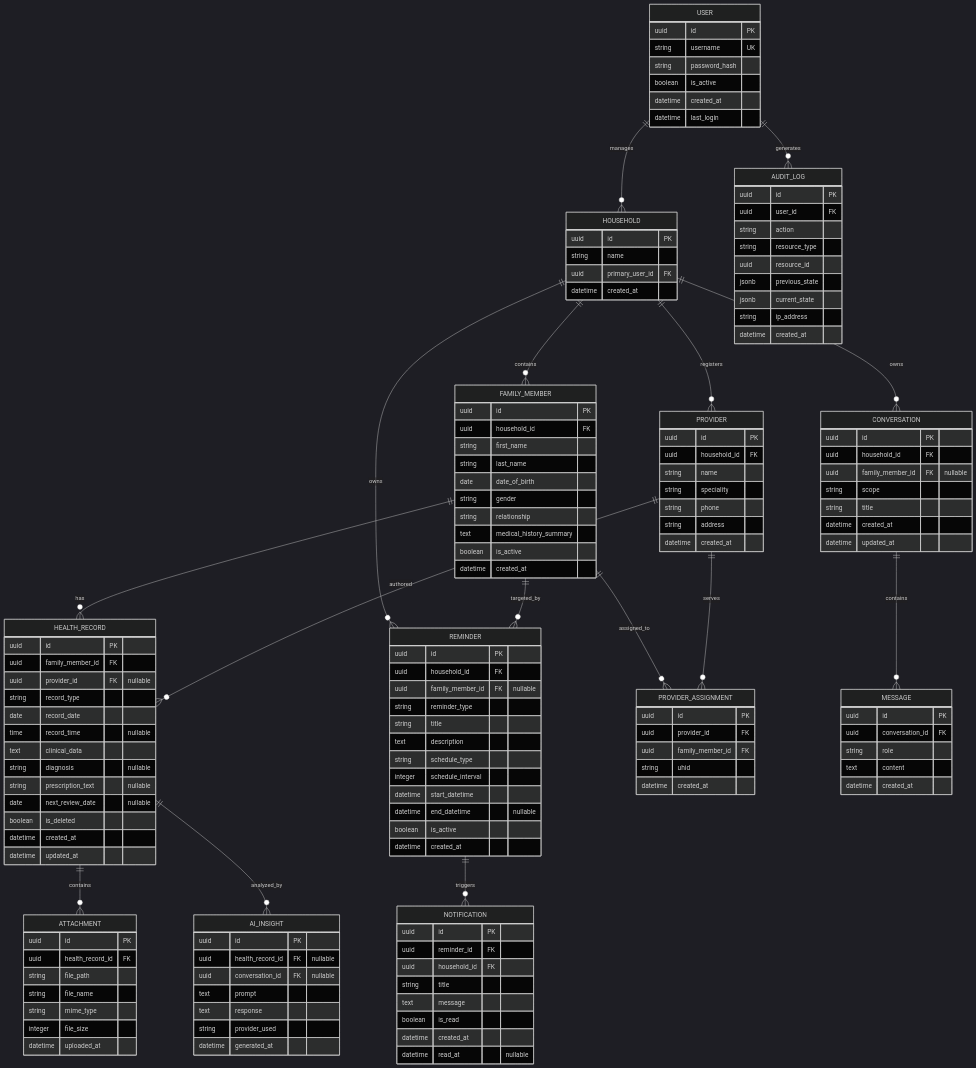
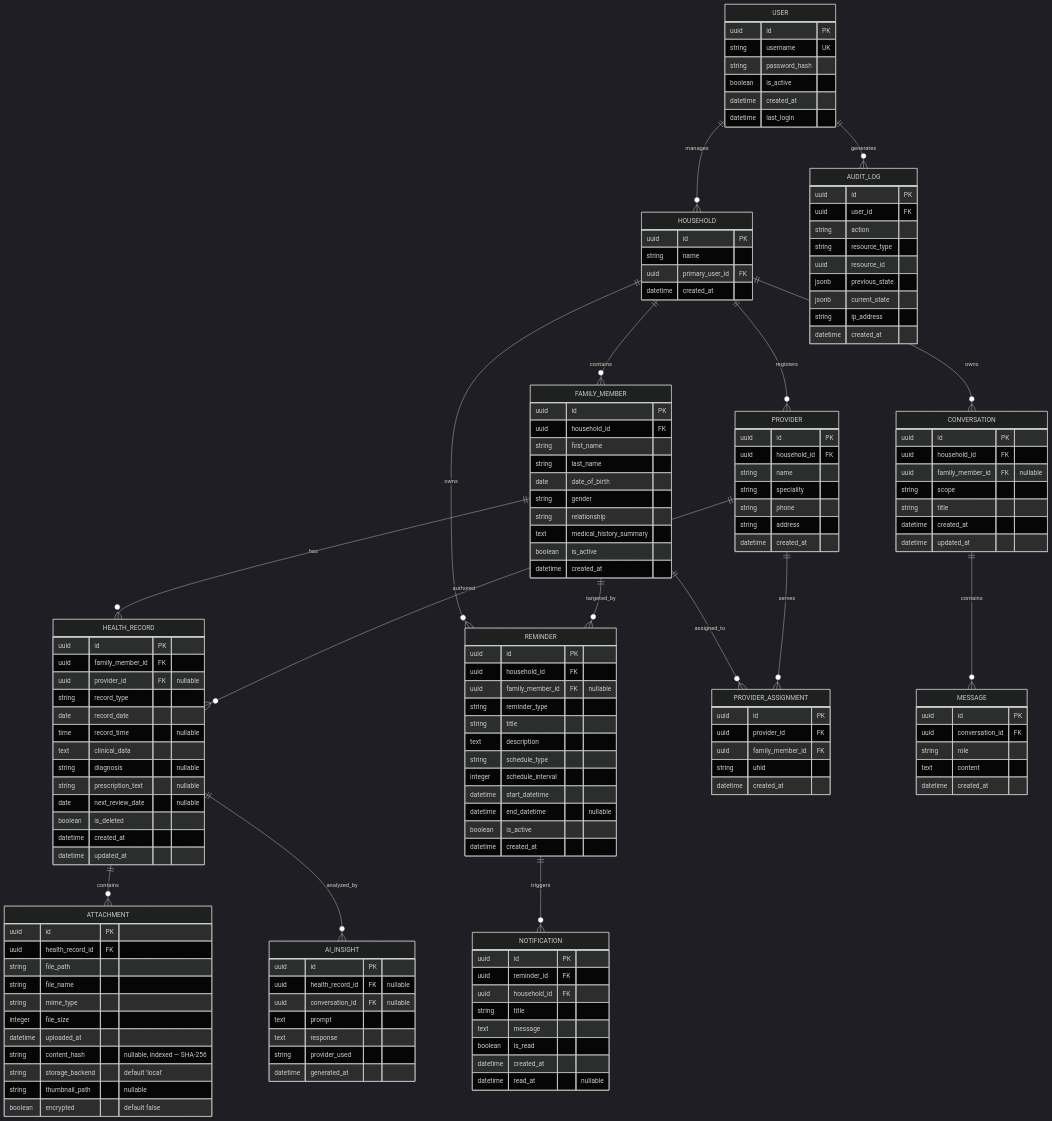
Before and after one commit to emeeran/Family-Health-Manager: the diagram in docs/02-spec/SPEC.md, drawn with Mermaid (dark theme). The commit also changed other lines of this file and 25 other files, not shown here.

```diff
--- a/docs/02-spec/SPEC.md
+++ b/docs/02-spec/SPEC.md
@@ -115,6 +115,10 @@
         string mime_type
         integer file_size
         datetime uploaded_at
+        string content_hash "nullable, indexed — SHA-256"
+        string storage_backend "default 'local'"
+        string thumbnail_path "nullable"
+        boolean encrypted "default false"
     }
 
     AI_INSIGHT {
```
